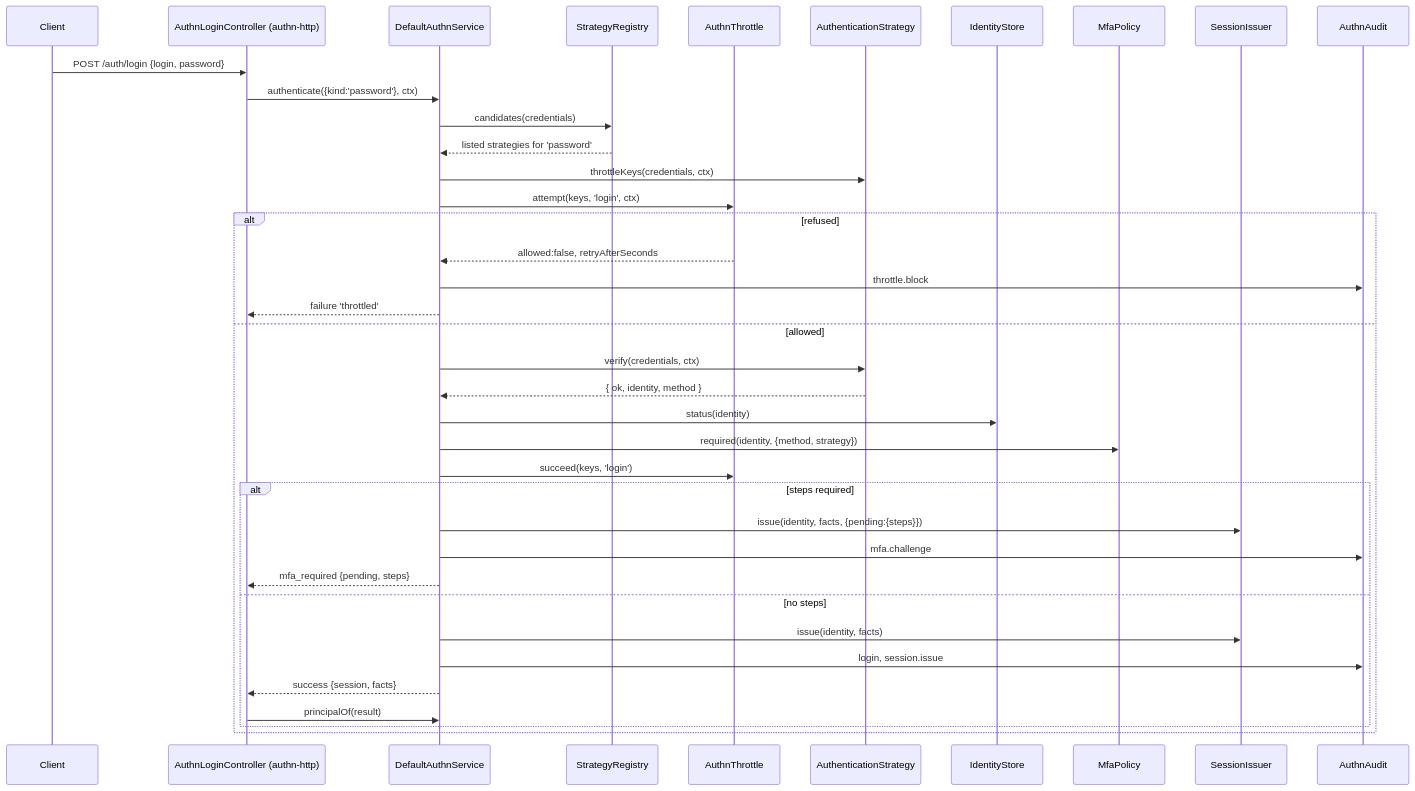
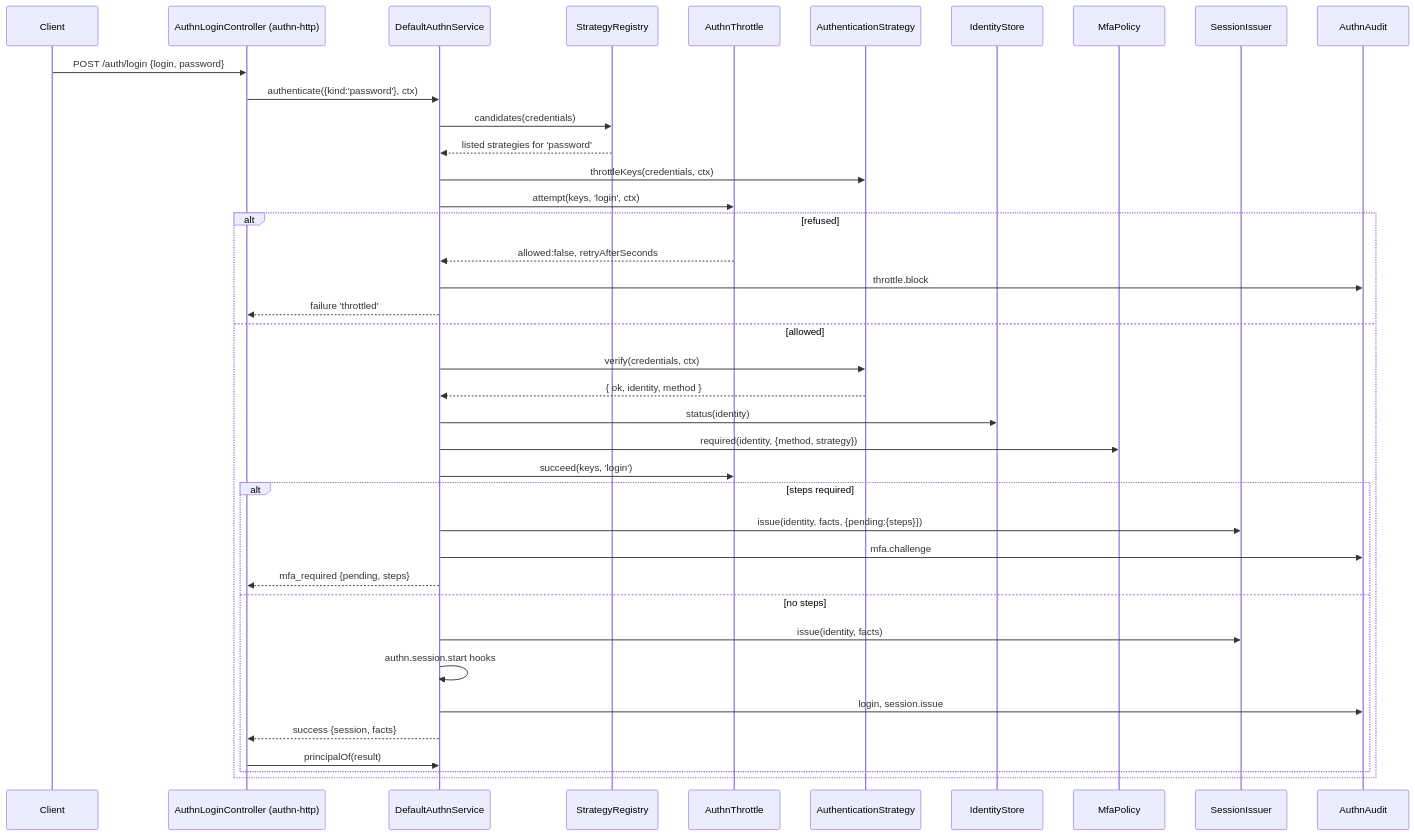
One commit to spinajs/main changed the first of 2 diagrams in docs/authn/01-authentication-flow.md. Above: the diagram before and after it, drawn with Mermaid. The commit also changed other lines of this file and 11 other files, not shown here.

First line of the commit message:
docs: session start, impersonation start and list-support hooks in the flow and admin pages

````diff
--- a/docs/authn/01-authentication-flow.md
+++ b/docs/authn/01-authentication-flow.md
@@ -39,40 +40,41 @@
 ```mermaid
 sequenceDiagram
   participant C as Client
   participant H as AuthnLoginController (authn-http)
   participant S as DefaultAuthnService
   participant R as StrategyRegistry
   participant T as AuthnThrottle
   participant L as AuthenticationStrategy
   participant I as IdentityStore
   participant M as MfaPolicy
   participant SI as SessionIssuer
   participant A as AuthnAudit
   C->>H: POST /auth/login {login, password}
   H->>S: authenticate({kind:'password'}, ctx)
   S->>R: candidates(credentials)
   R-->>S: listed strategies for 'password'
   S->>L: throttleKeys(credentials, ctx)
   S->>T: attempt(keys, 'login', ctx)
   alt refused
     T-->>S: allowed:false, retryAfterSeconds
     S->>A: throttle.block
     S-->>H: failure 'throttled'
   else allowed
     S->>L: verify(credentials, ctx)
     L-->>S: { ok, identity, method }
     S->>I: status(identity)
     S->>M: required(identity, {method, strategy})
     S->>T: succeed(keys, 'login')
     alt steps required
       S->>SI: issue(identity, facts, {pending:{steps}})
       S->>A: mfa.challenge
       S-->>H: mfa_required {pending, steps}
     else no steps
       S->>SI: issue(identity, facts)
+      S->>S: authn.session.start hooks
       S->>A: login, session.issue
       S-->>H: success {session, facts}
       H->>S: principalOf(result)
     end
   end
 ```
````
